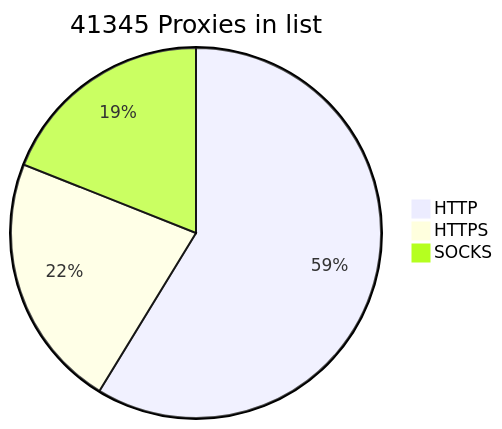
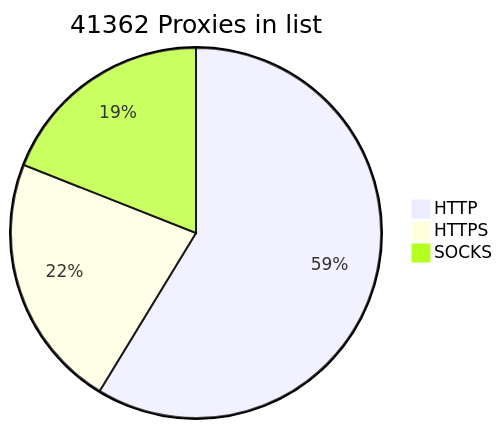
The diagram in README.md (BlackSnowDot/proxylist-update-every-minute), drawn with Mermaid before and after one commit. The commit also changed other lines of this file, not shown here.

````diff
--- a/README.md
+++ b/README.md
@@ -2,6 +2,6 @@
 ```mermaid
-pie title 41345 Proxies in list
-    "HTTP" : 28491
-    "HTTPS": 10810
-    "SOCKS" : 9209
+pie title 41362 Proxies in list
+    "HTTP" : 28490
+    "HTTPS": 10811
+    "SOCKS" : 9225
 ```
````
